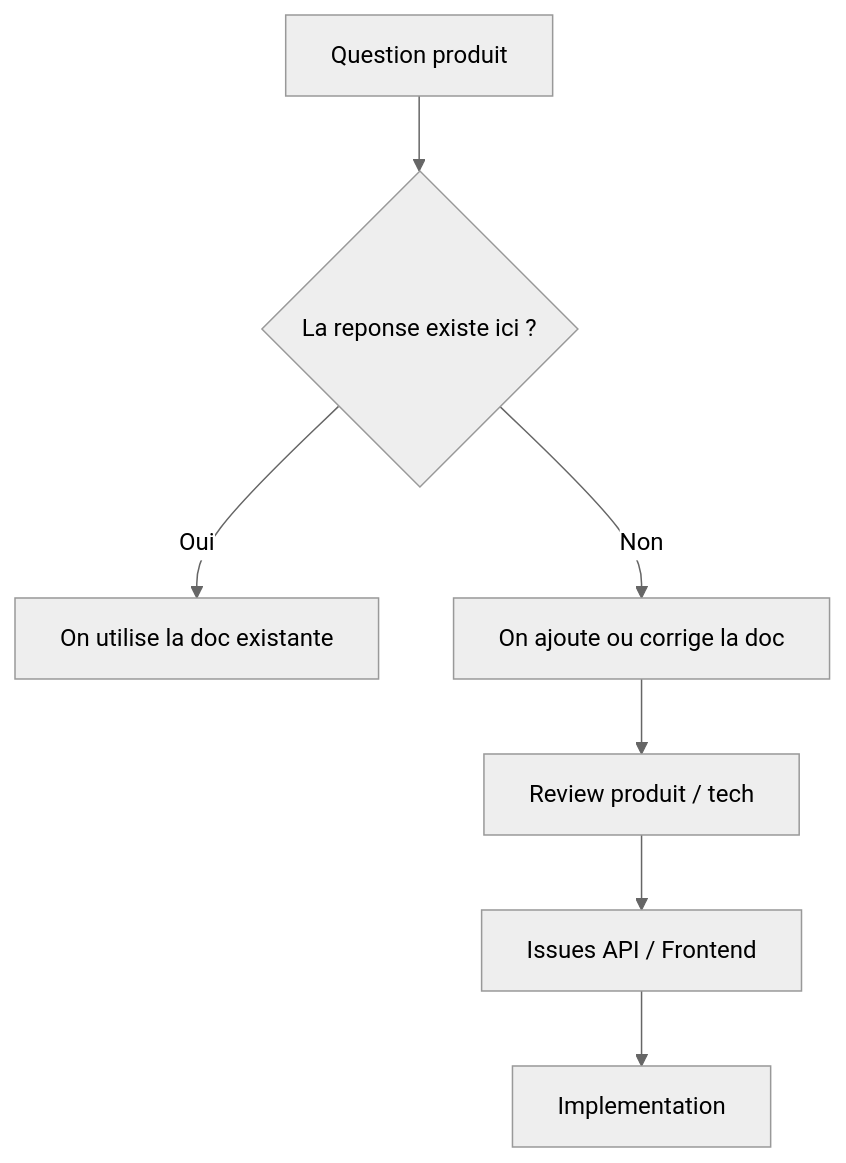
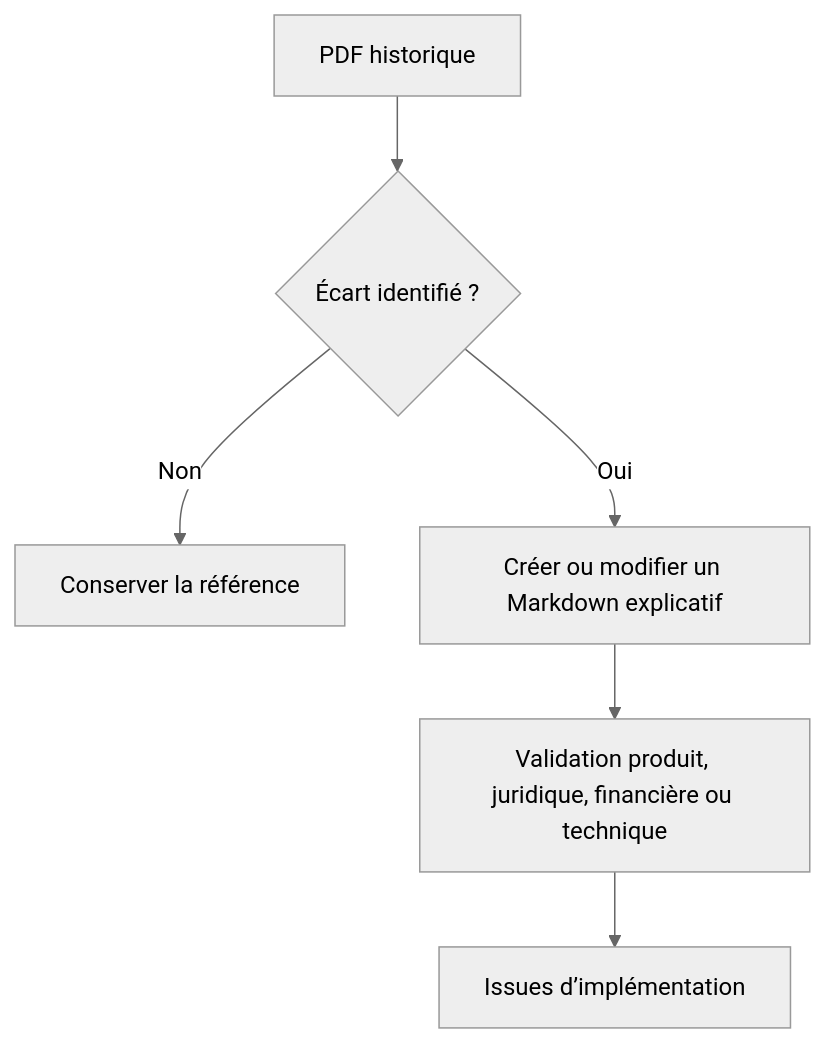
One commit to Chaye-parcel-traveler/chaye_documentations changed the second of 2 diagrams in README.md. Above: the diagram before and after it, drawn with Mermaid (neutral theme). The commit also changed other lines of this file and 16 other files, not shown here.

````diff
--- a/README.md
+++ b/README.md
@@ -43,9 +53,8 @@
 ```mermaid
 flowchart TD
-    Question["Question produit"] --> Clear{"La reponse existe ici ?"}
-    Clear -- Oui --> Use["On utilise la doc existante"]
-    Clear -- Non --> Write["On ajoute ou corrige la doc"]
-    Write --> Review["Review produit / tech"]
-    Review --> Tickets["Issues API / Frontend"]
-    Tickets --> Code["Implementation"]
+    Source["PDF historique"] --> Écart{"Écart identifié ?"}
+    Écart -- Non --> Référence["Conserver la référence"]
+    Écart -- Oui --> Markdown["Créer ou modifier un Markdown explicatif"]
+    Markdown --> Validation["Validation produit, juridique, financière ou technique"]
+    Validation --> Issues["Issues d’implémentation"]
 ```
````
